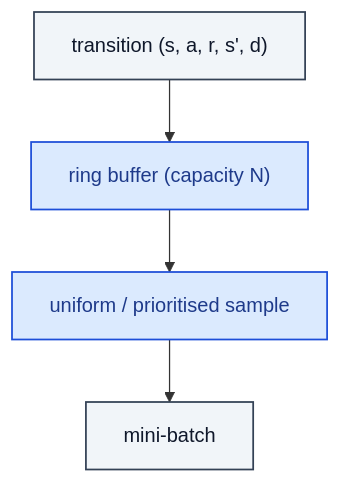
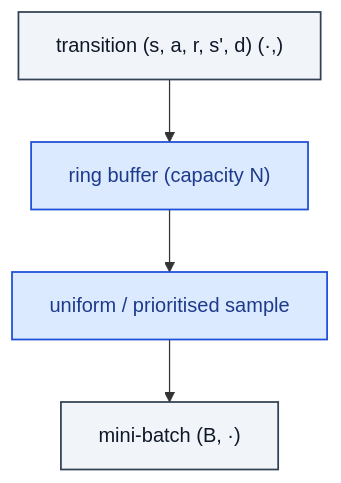
The diagram in rl/ReplayBuffer.md (RealityShifts/Srivastava-book-of-Blocks-diagrams), drawn with Mermaid before and after one commit. The commit also changed 123 other files, not shown here.

````diff
--- a/rl/ReplayBuffer.md
+++ b/rl/ReplayBuffer.md
@@ -7,19 +7,20 @@
 ```mermaid
 flowchart TD
-    n0_0["transition (s, a, r, s', d)"]:::io
+    n0_0["transition (s, a, r, s', d)  (·,)"]:::io
     n1_0["ring buffer  (capacity N)"]:::op
     n2_0["uniform / prioritised sample"]:::op
-    n3_0["mini-batch"]:::io
+    n3_0["mini-batch  (B, ·)"]:::io
     n0_0 --> n1_0
     n1_0 --> n2_0
     n2_0 --> n3_0
     classDef io fill:#f1f5f9,stroke:#334155,stroke-width:1.4px,color:#0f172a
     classDef op fill:#dbeafe,stroke:#1d4ed8,stroke-width:1.4px,color:#1e3a8a
     classDef norm fill:#dcfce7,stroke:#15803d,stroke-width:1.4px,color:#14532d
     classDef act fill:#ffedd5,stroke:#c2410c,stroke-width:1.4px,color:#7c2d12
     classDef attn fill:#ede9fe,stroke:#6d28d9,stroke-width:1.4px,color:#4c1d95
     classDef merge fill:#fef3c7,stroke:#b45309,stroke-width:1.4px,color:#78350f
     classDef emb fill:#fef9c3,stroke:#a16207,stroke-width:1.4px,color:#713f12
     classDef loss fill:#fee2e2,stroke:#b91c1c,stroke-width:1.4px,color:#7f1d1d
     classDef ctrl fill:#f5f5f4,stroke:#52525b,stroke-width:1.4px,color:#27272a
+    classDef ref fill:#e0f2fe,stroke:#0369a1,stroke-width:2px,color:#0c4a6e,stroke-dasharray: 4 2
 ```
````
